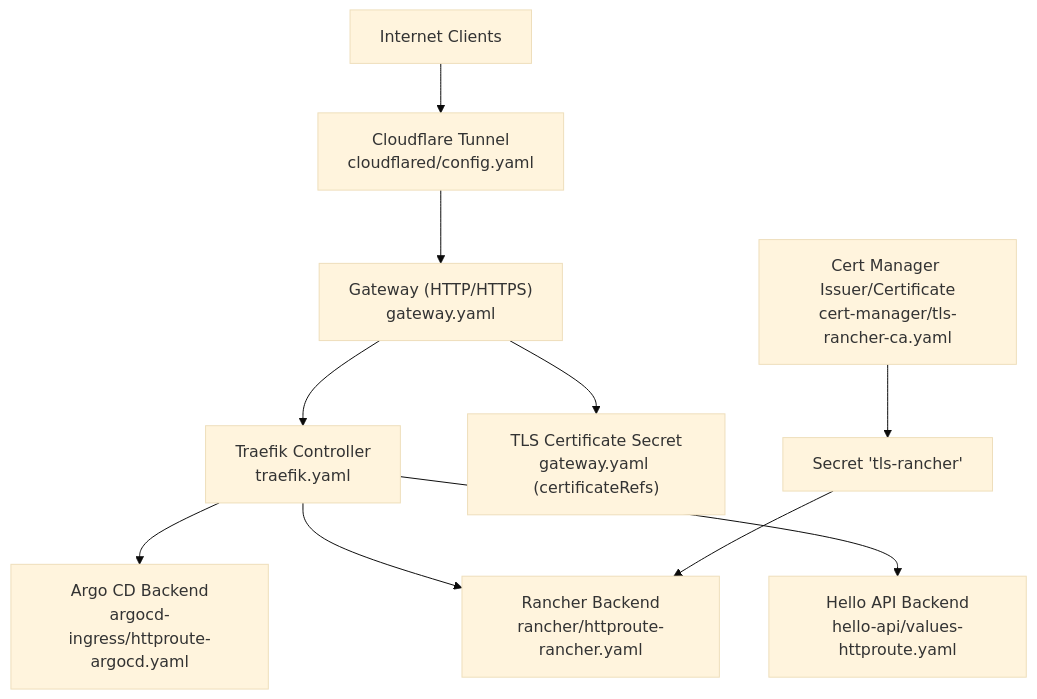
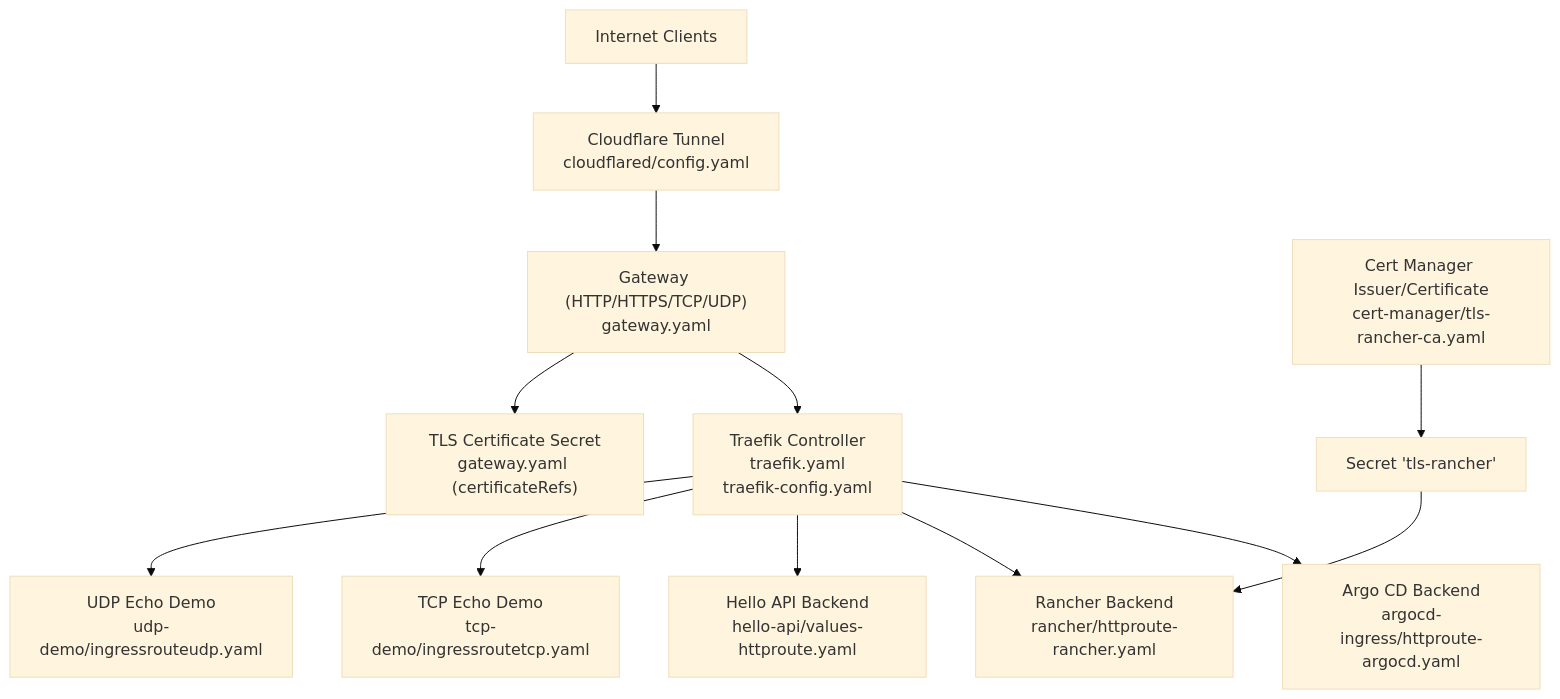
One commit to Hoangvu75/k8s_manifest changed the second of 8 diagrams in .qoder/repowiki/en/content/Advanced Topics/Advanced Networking Configurations.md. Above: the diagram before and after it, drawn with Mermaid (base theme). The commit also changed other lines of this file and 7 other files, not shown here.

First line of the commit message:
fix: add Traefik CRDs (IngressRouteTCP, IngressRouteUDP, etc.)

````diff
--- a/.qoder/repowiki/en/content/Advanced Topics/Advanced Networking Configurations.md
+++ b/.qoder/repowiki/en/content/Advanced Topics/Advanced Networking Configurations.md
@@ -130,12 +166,14 @@
 ```mermaid
 graph TB
 Internet["Internet Clients"] --> CF["Cloudflare Tunnel<br/>cloudflared/config.yaml"]
-CF --> GW["Gateway (HTTP/HTTPS)<br/>gateway.yaml"]
-GW --> TR["Traefik Controller<br/>traefik.yaml"]
+CF --> GW["Gateway (HTTP/HTTPS/TCP/UDP)<br/>gateway.yaml"]
+GW --> TR["Traefik Controller<br/>traefik.yaml<br/>traefik-config.yaml"]
 TR --> ARGO["Argo CD Backend<br/>argocd-ingress/httproute-argocd.yaml"]
 TR --> RANCH["Rancher Backend<br/>rancher/httproute-rancher.yaml"]
 TR --> HELLO["Hello API Backend<br/>hello-api/values-httproute.yaml"]
+TR --> TCPDEMO["TCP Echo Demo<br/>tcp-demo/ingressroutetcp.yaml"]
+TR --> UDPDEMO["UDP Echo Demo<br/>udp-demo/ingressrouteudp.yaml"]
 GW --> CERT["TLS Certificate Secret<br/>gateway.yaml (certificateRefs)"]
 CM["Cert Manager Issuer/Certificate<br/>cert-manager/tls-rancher-ca.yaml"] --> SECRET["Secret 'tls-rancher'"]
 SECRET --> RANCH
 ```
````
